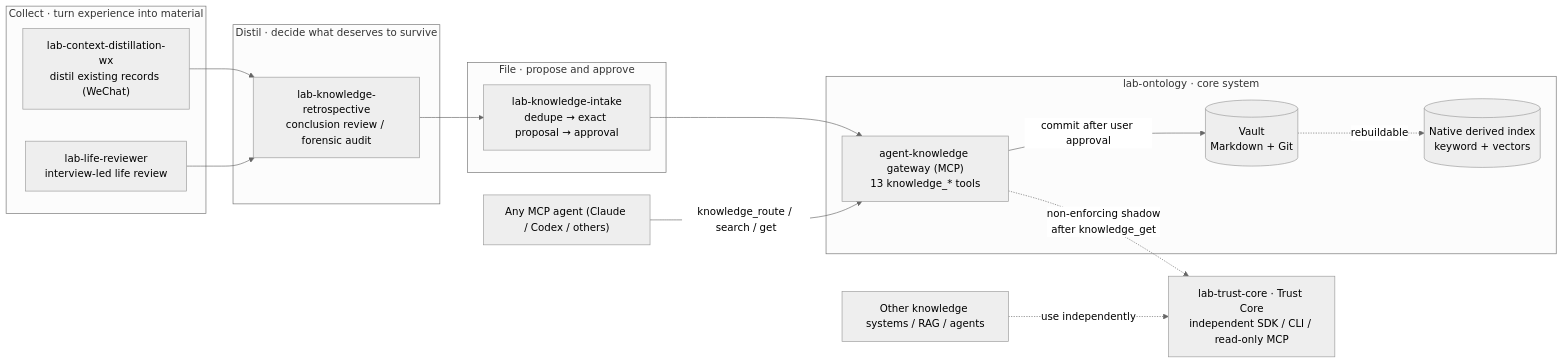
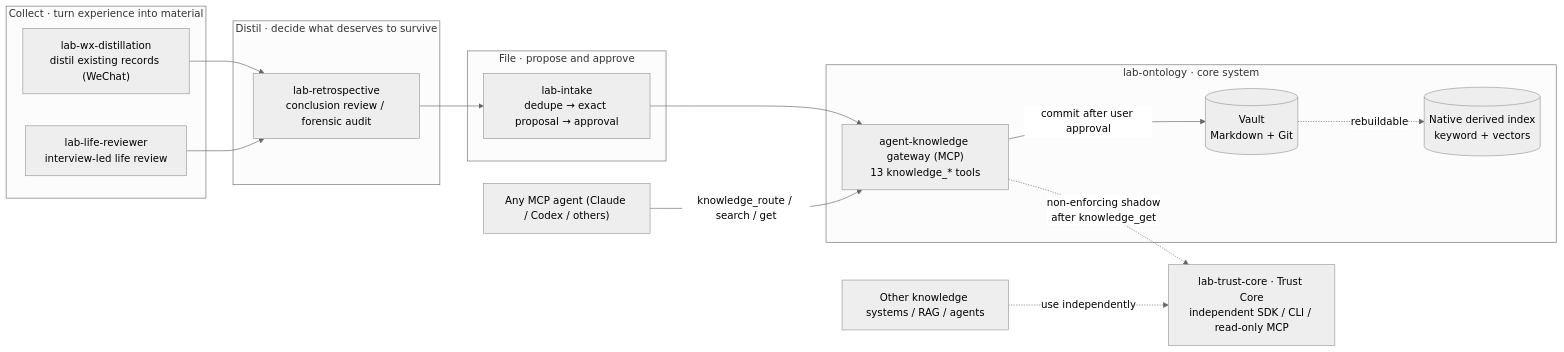
The diagram in README.en.md (haorantang97/Personal-Ontology), drawn with Mermaid (neutral theme) before and after one commit. The commit also changed other lines of this file and 147 other files, not shown here.

````diff
--- a/README.en.md
+++ b/README.en.md
@@ -30,28 +30,28 @@
 ```mermaid
 flowchart LR
     subgraph Collect["Collect · turn experience into material"]
-        CD["lab-context-distillation-wx<br/>distil existing records (WeChat)"]
+        CD["lab-wx-distillation<br/>distil existing records (WeChat)"]
         LR["lab-life-reviewer<br/>interview-led life review"]
     end
     subgraph Distil["Distil · decide what deserves to survive"]
-        KR["lab-knowledge-retrospective<br/>conclusion review / forensic audit"]
+        KR["lab-retrospective<br/>conclusion review / forensic audit"]
     end
     subgraph File["File · propose and approve"]
-        KI["lab-knowledge-intake<br/>dedupe → exact proposal → approval"]
+        KI["lab-intake<br/>dedupe → exact proposal → approval"]
     end
     subgraph System["lab-ontology · core system"]
         GW["agent-knowledge gateway (MCP)<br/>13 knowledge_* tools"]
         V[("Vault<br/>Markdown + Git")]
         IX[("Native derived index<br/>keyword + vectors")]
     end
     CD --> KR
     LR --> KR
     KR --> KI
     KI --> GW
     GW -- "commit after user approval" --> V
     V -. "rebuildable" .-> IX
     AG["Any MCP agent (Claude / Codex / others)"] -- "knowledge_route / search / get" --> GW
     TC["lab-trust-core · Trust Core<br/>independent SDK / CLI / read-only MCP"]
     GW -. "non-enforcing shadow<br/>after knowledge_get" .-> TC
     EXT["Other knowledge systems / RAG / agents"] -. "use independently" .-> TC
 ```
````
